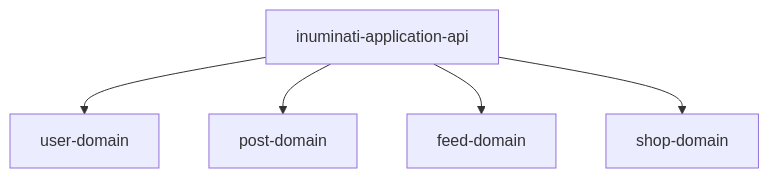
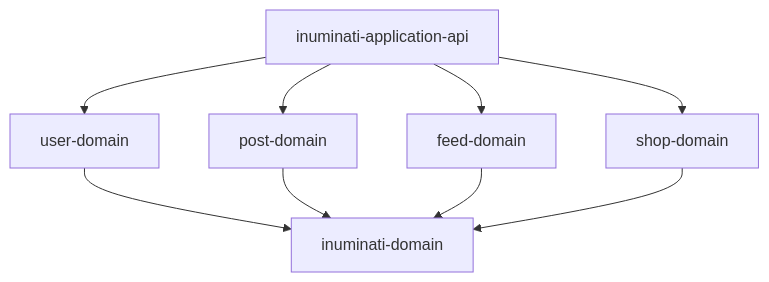
The diagram in inuminati-api/README.md (k21hornet/inuminati), drawn with Mermaid before and after one commit. The commit also changed other lines of this file and 16 other files, not shown here.

````diff
--- a/inuminati-api/README.md
+++ b/inuminati-api/README.md
@@ -15,7 +15,11 @@
 ```mermaid
 graph TD
     inuminati-application-api --> user-domain
     inuminati-application-api --> post-domain
     inuminati-application-api --> feed-domain
     inuminati-application-api --> shop-domain
+    user-domain --> inuminati-domain
+    post-domain --> inuminati-domain
+    feed-domain --> inuminati-domain
+    shop-domain --> inuminati-domain
 ```
````
